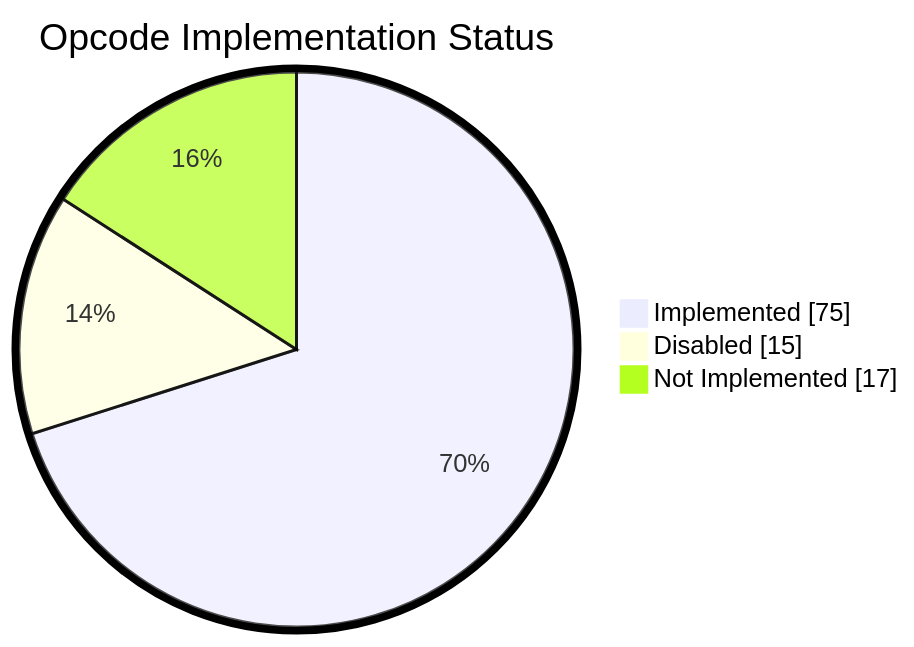
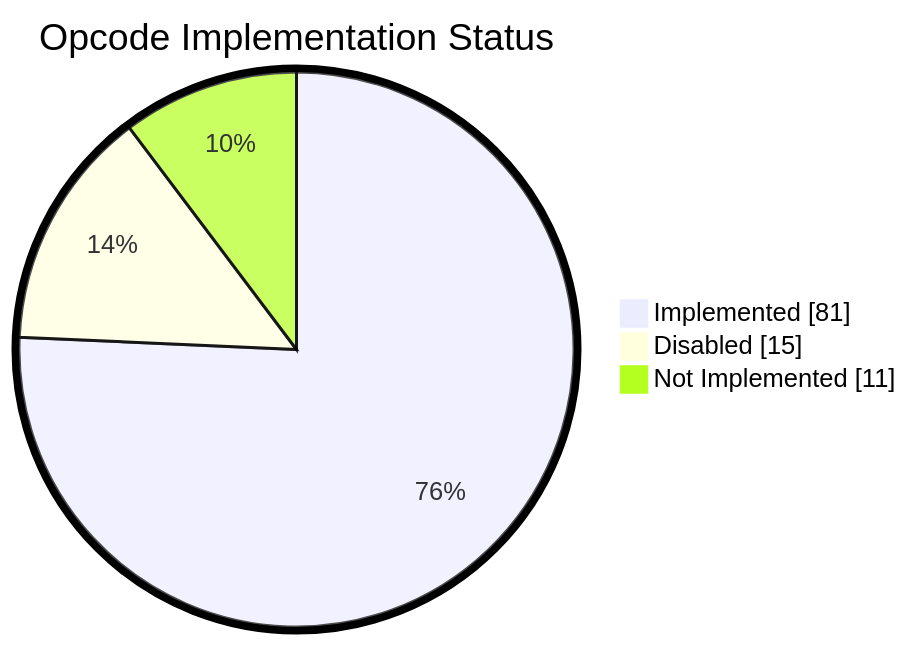
The diagram in README.md (keep-starknet-strange/shinigami), drawn with Mermaid before and after one commit. The commit also changed other lines of this file and 8 other files, not shown here.

````diff
--- a/README.md
+++ b/README.md
@@ -54,8 +54,8 @@
 ```mermaid
 %%{init: {"pie": {"textPosition": 0.75}, "themeVariables": {"pieOuterStrokeWidth": "5px"}} }%%
 pie showData
     title Opcode Implementation Status
-    "Implemented" : 75
+    "Implemented" : 81
     "Disabled" : 15
-    "Not Implemented" : 17
+    "Not Implemented" : 11
 ```
````
